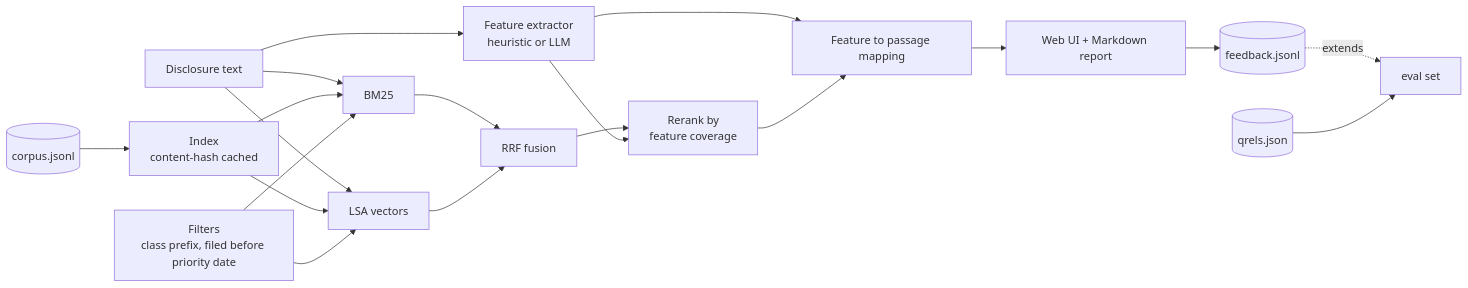
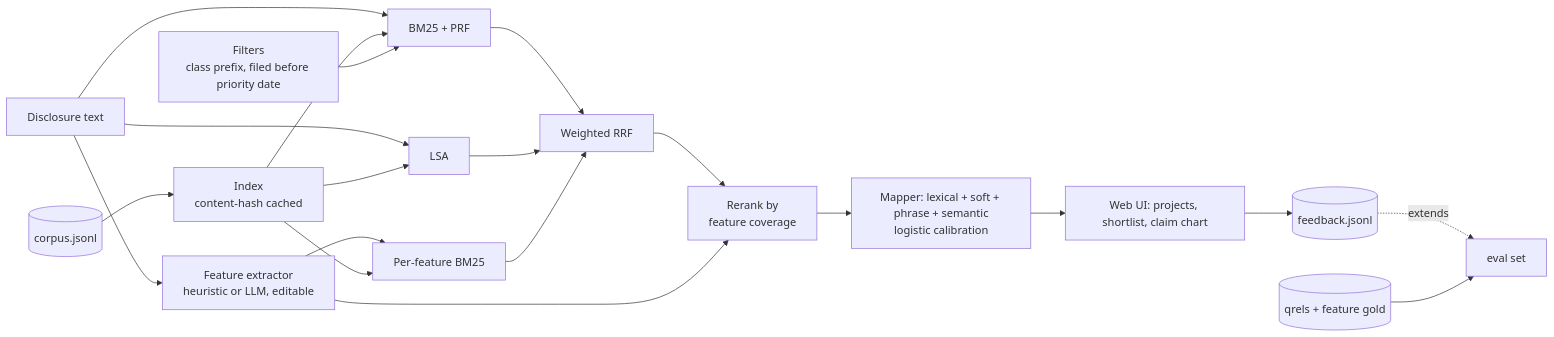
Before and after one commit to dhia-eddine-mahdaoui/prior-art-finder: the diagram in README.md, drawn with Mermaid. The commit also changed other lines of this file and 37 other files, not shown here.

Commit message:
Disclosure workflow UI, tuned hybrid retrieval, calibrated feature mapping, 16-query eval with dev/test split

````diff
--- a/README.md
+++ b/README.md
@@ -37,21 +54,22 @@
 ```mermaid
 flowchart LR
-    D[Disclosure text] --> FX[Feature extractor<br/>heuristic or LLM]
-    D --> BM[BM25]
-    D --> LS[LSA vectors]
+    D[Disclosure text] --> FX[Feature extractor<br/>heuristic or LLM, editable]
+    D --> BM[BM25 + PRF]
+    D --> LS[LSA]
+    FX --> FB[Per-feature BM25]
     C[(corpus.jsonl)] --> IX[Index<br/>content-hash cached]
     IX --> BM
     IX --> LS
+    IX --> FB
     F[Filters<br/>class prefix, filed before priority date] --> BM
-    F --> LS
-    BM --> RRF[RRF fusion]
+    BM --> RRF[Weighted RRF]
     LS --> RRF
+    FB --> RRF
     RRF --> RR[Rerank by<br/>feature coverage]
     FX --> RR
-    FX --> MAP[Feature to passage mapping]
-    RR --> MAP
-    MAP --> UI[Web UI + Markdown report]
-    UI --> FB[(feedback.jsonl)]
-    FB -. extends .-> EV[eval set]
-    Q[(qrels.json)] --> EV
+    RR --> MAP[Mapper: lexical + soft + phrase + semantic<br/>logistic calibration]
+    MAP --> UI[Web UI: projects, shortlist, claim chart]
+    UI --> FBK[(feedback.jsonl)]
+    FBK -. extends .-> EV[eval set]
+    Q[(qrels + feature gold)] --> EV
 ```
````
